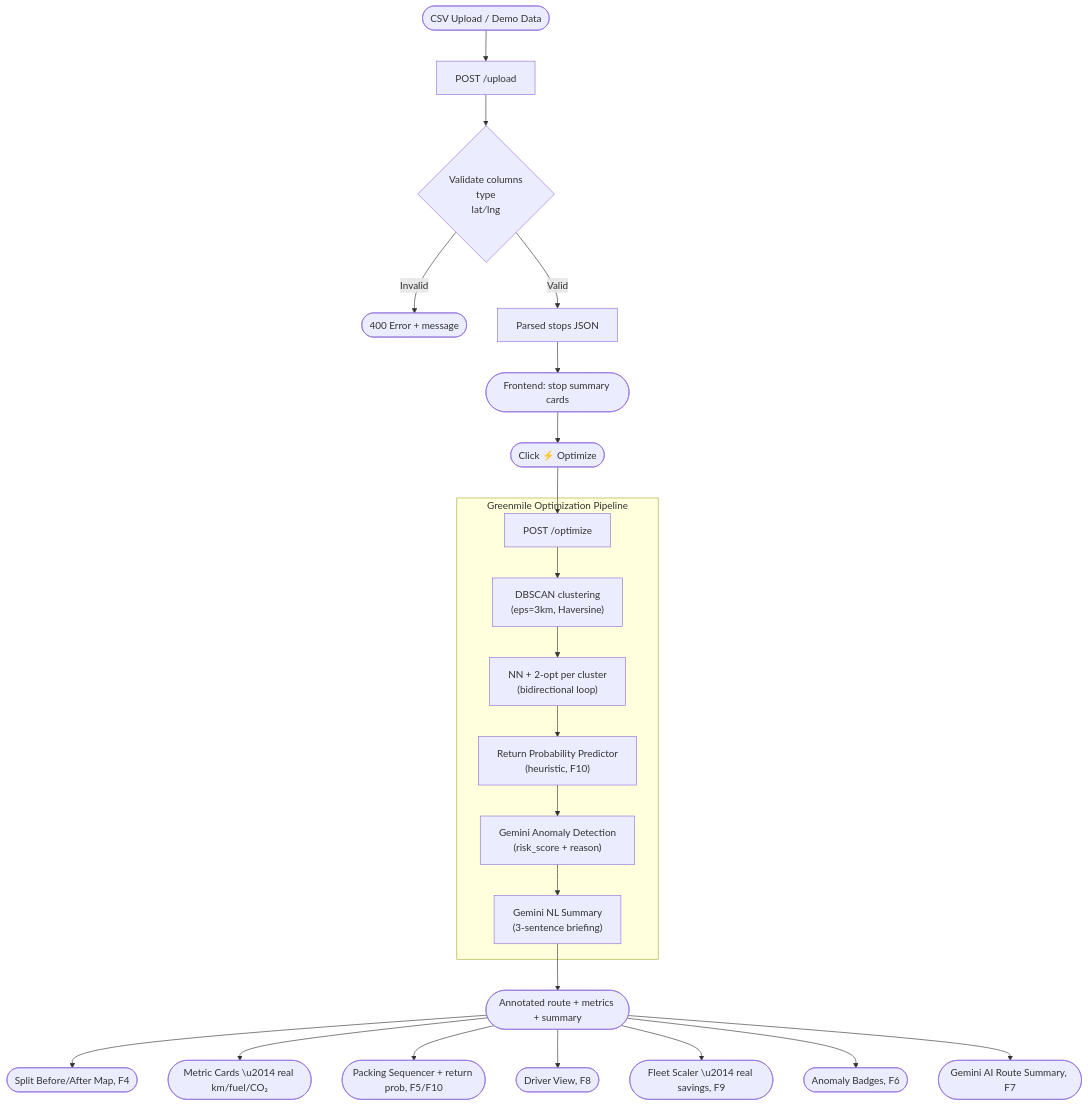
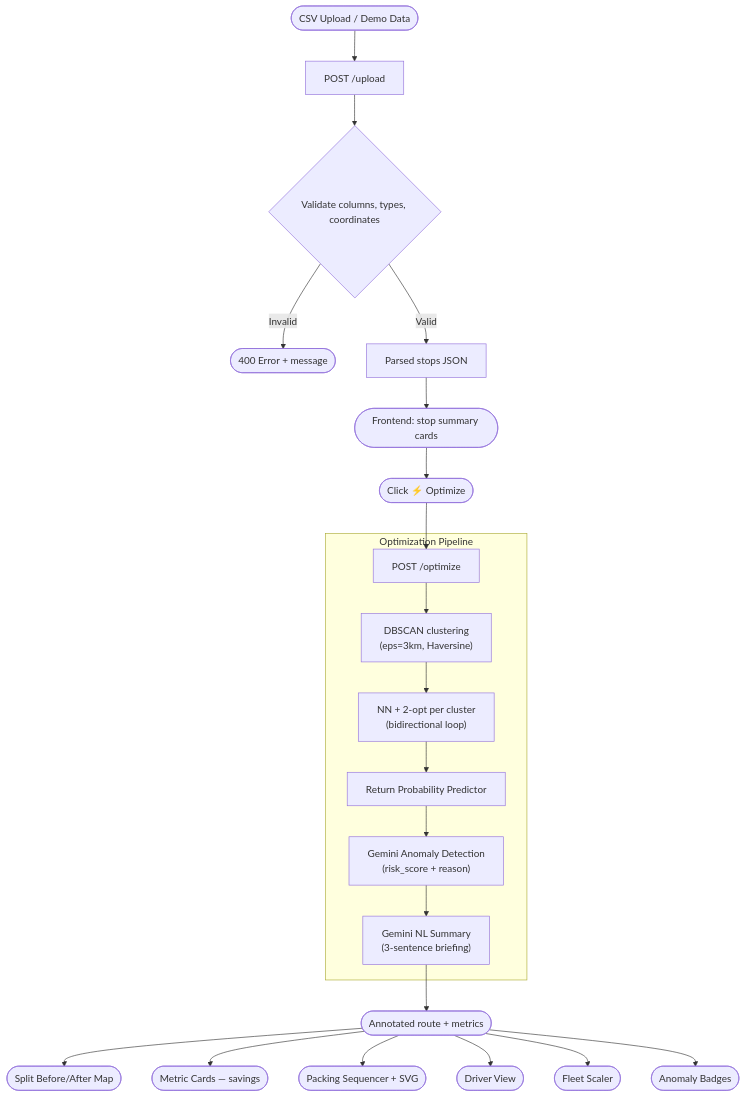
Before and after one commit to Utpal-Kalita/Greenmile: the diagram in README.md, drawn with Mermaid. The commit also changed other lines of this file, not shown here.

````diff
--- a/README.md
+++ b/README.md
@@ -49,27 +106,26 @@
 ```mermaid
 flowchart TD
     A([CSV Upload / Demo Data]) --> B[POST /upload]
-    B --> C{Validate columns\ntype\nlat∕lng}
+    B --> C{Validate columns, types, coordinates}
     C -->|Invalid| D([400 Error + message])
     C -->|Valid| E[Parsed stops JSON]
     E --> F([Frontend: stop summary cards])
     F --> G([Click ⚡ Optimize])
     G --> H[POST /optimize]
 
-    subgraph Pipeline ["Greenmile Optimization Pipeline"]
-        H --> I["DBSCAN clustering\n(eps=3km, Haversine)"]
-        I --> J["NN + 2-opt per cluster\n(bidirectional loop)"]
-        J --> K["Return Probability Predictor\n(heuristic, F10)"]
-        K --> L["Gemini Anomaly Detection\n(risk_score + reason)"]
-        L --> M["Gemini NL Summary\n(3-sentence briefing)"]
+    subgraph Pipeline ["Optimization Pipeline"]
+        H --> I["DBSCAN clustering<br/>(eps=3km, Haversine)"]
+        I --> J["NN + 2-opt per cluster<br/>(bidirectional loop)"]
+        J --> K["Return Probability Predictor"]
+        K --> L["Gemini Anomaly Detection<br/>(risk_score + reason)"]
+        L --> M["Gemini NL Summary<br/>(3-sentence briefing)"]
     end
 
-    M --> N([Annotated route + metrics + summary])
-    N --> O([Split Before/After Map, F4])
-    N --> P([Metric Cards \u2014 real km/fuel/CO₂])
-    N --> Q([Packing Sequencer + return prob, F5/F10])
-    N --> R([Driver View, F8])
-    N --> S([Fleet Scaler \u2014 real savings, F9])
-    N --> T([Anomaly Badges, F6])
-    N --> U([Gemini AI Route Summary, F7])
+    M --> N([Annotated route + metrics])
+    N --> O([Split Before/After Map])
+    N --> P([Metric Cards — savings])
+    N --> Q([Packing Sequencer + SVG])
+    N --> R([Driver View])
+    N --> S([Fleet Scaler])
+    N --> T([Anomaly Badges])
 ```
````
